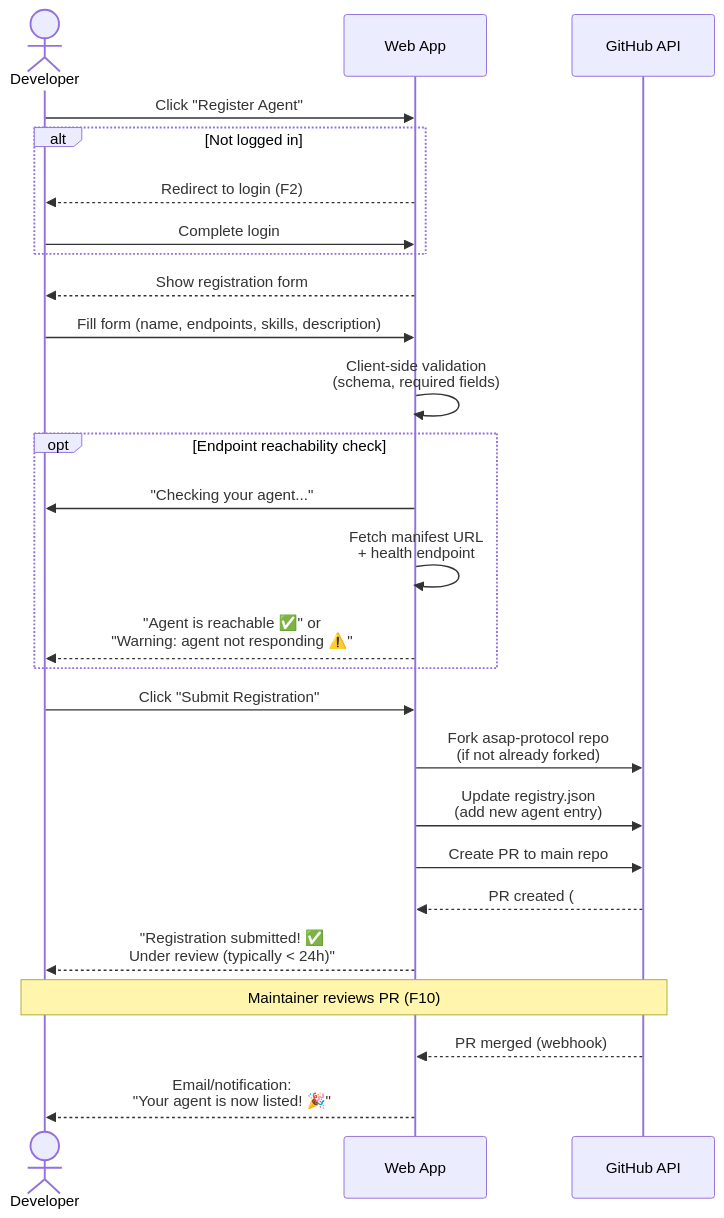
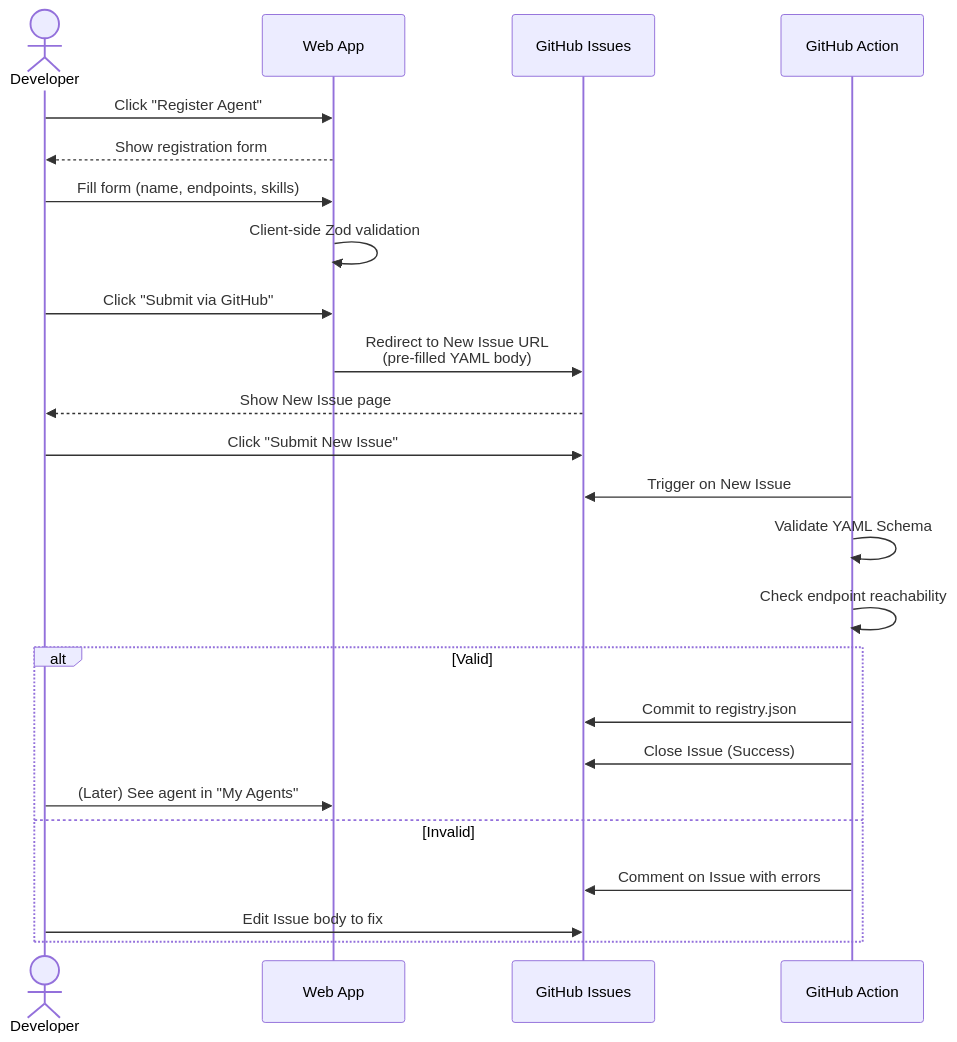
One commit to adriannoes/asap-protocol changed the fifth of 10 diagrams in .cursor/product-specs/strategy/user-flow.md. Above: the diagram before and after it, drawn with Mermaid. The commit also changed other lines of this file and 17 other files, not shown here.

First line of the commit message:
chore(docs): update roadmap, strategy, and planning

````diff
--- a/.cursor/product-specs/strategy/user-flow.md
+++ b/.cursor/product-specs/strategy/user-flow.md
@@ -206,35 +206,30 @@
 ```mermaid
 sequenceDiagram
     actor Dev as Developer
     participant App as Web App
-    participant GH as GitHub API
+    participant GH as GitHub Issues
+    participant Action as GitHub Action
 
     Dev->>App: Click "Register Agent"
+    App-->>Dev: Show registration form
+    Dev->>App: Fill form (name, endpoints, skills)
+    App->>App: Client-side Zod validation
     
-    alt Not logged in
-        App-->>Dev: Redirect to login (F2)
-        Dev->>App: Complete login
+    Dev->>App: Click "Submit via GitHub"
+    App->>GH: Redirect to New Issue URL<br/>(pre-filled YAML body)
+    GH-->>Dev: Show New Issue page
+    Dev->>GH: Click "Submit New Issue"
+    
+    Action->>GH: Trigger on New Issue
+    Action->>Action: Validate YAML Schema
+    Action->>Action: Check endpoint reachability
+    
+    alt Valid
+        Action->>GH: Commit to registry.json
+        Action->>GH: Close Issue (Success)
+        Dev->>App: (Later) See agent in "My Agents"
+    else Invalid
+        Action->>GH: Comment on Issue with errors
+        Dev->>GH: Edit Issue body to fix
     end
-
-    App-->>Dev: Show registration form
-    Dev->>App: Fill form (name, endpoints, skills, description)
-    App->>App: Client-side validation<br/>(schema, required fields)
-    
-    opt Endpoint reachability check
-        App->>Dev: "Checking your agent..."
-        App->>App: Fetch manifest URL<br/>+ health endpoint
-        App-->>Dev: "Agent is reachable ✅" or<br/>"Warning: agent not responding ⚠️"
-    end
-    
-    Dev->>App: Click "Submit Registration"
-    App->>GH: Fork asap-protocol repo<br/>(if not already forked)
-    App->>GH: Update registry.json<br/>(add new agent entry)
-    App->>GH: Create PR to main repo
-    GH-->>App: PR created (#N)
-    App-->>Dev: "Registration submitted! ✅<br/>Under review (typically < 24h)"
-    
-    Note over Dev,GH: Maintainer reviews PR (F10)
-    
-    GH-->>App: PR merged (webhook)
-    App-->>Dev: Email/notification:<br/>"Your agent is now listed! 🎉"
 ```
````
